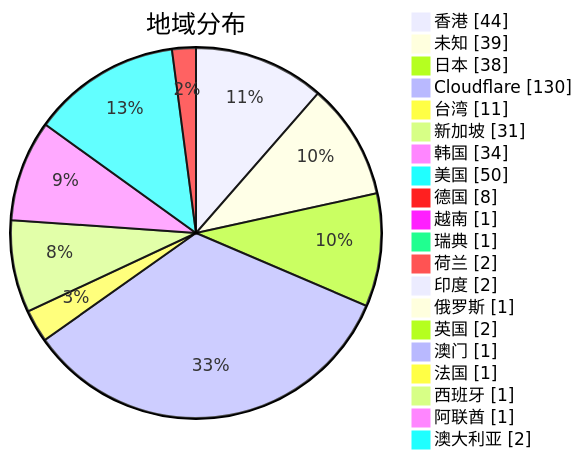
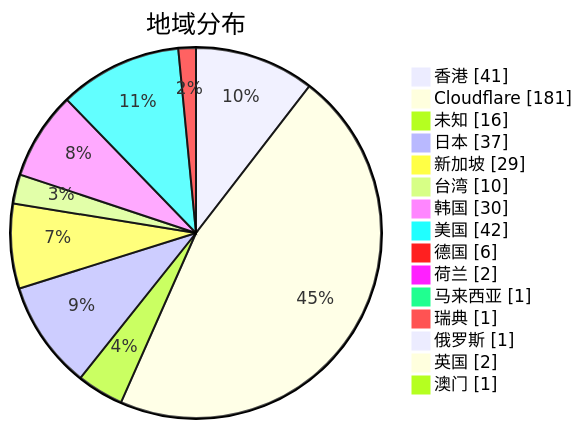
Before and after one commit to qjlxg/airport: the second of 3 diagrams in subs/statistics/tested_within.md, drawn with Mermaid. The commit also changed other lines of this file and 2 other files, not shown here.

Commit message:
Tested by metaST

````diff
--- a/subs/statistics/tested_within.md
+++ b/subs/statistics/tested_within.md
@@ -13,24 +13,19 @@
 ```mermaid
 pie showData
 title 地域分布
-"香港" : 44
-"未知" : 39
-"日本" : 38
-"Cloudflare" : 130
-"台湾" : 11
-"新加坡" : 31
-"韩国" : 34
-"美国" : 50
-"德国" : 8
-"越南" : 1
+"香港" : 41
+"Cloudflare" : 181
+"未知" : 16
+"日本" : 37
+"新加坡" : 29
+"台湾" : 10
+"韩国" : 30
+"美国" : 42
+"德国" : 6
+"荷兰" : 2
+"马来西亚" : 1
 "瑞典" : 1
-"荷兰" : 2
-"印度" : 2
 "俄罗斯" : 1
 "英国" : 2
 "澳门" : 1
-"法国" : 1
-"西班牙" : 1
-"阿联酋" : 1
-"澳大利亚" : 2
 ```
````
